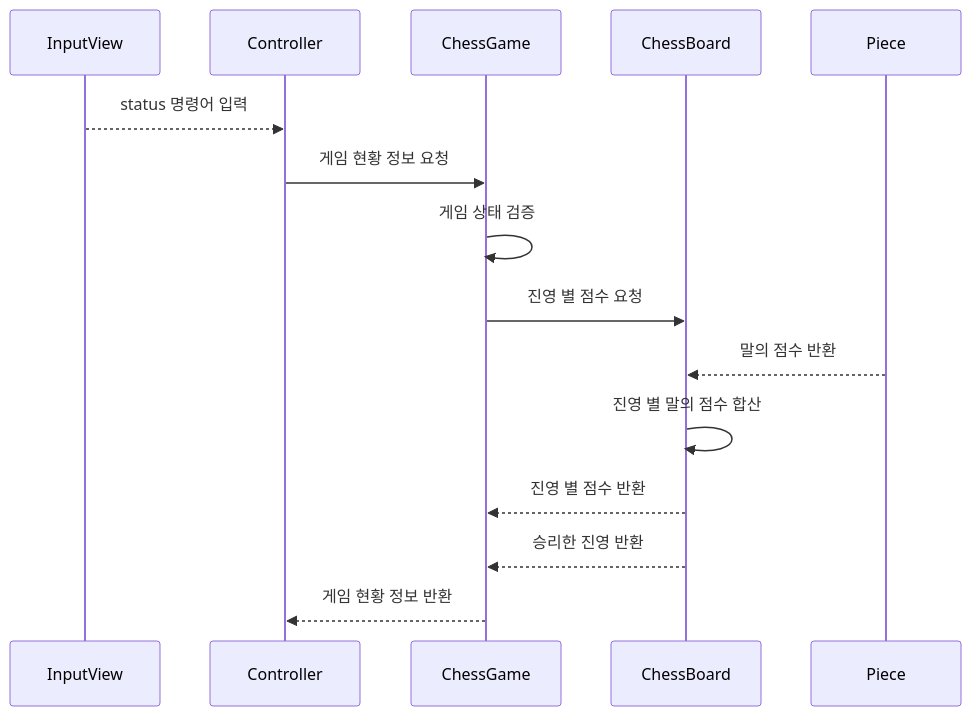
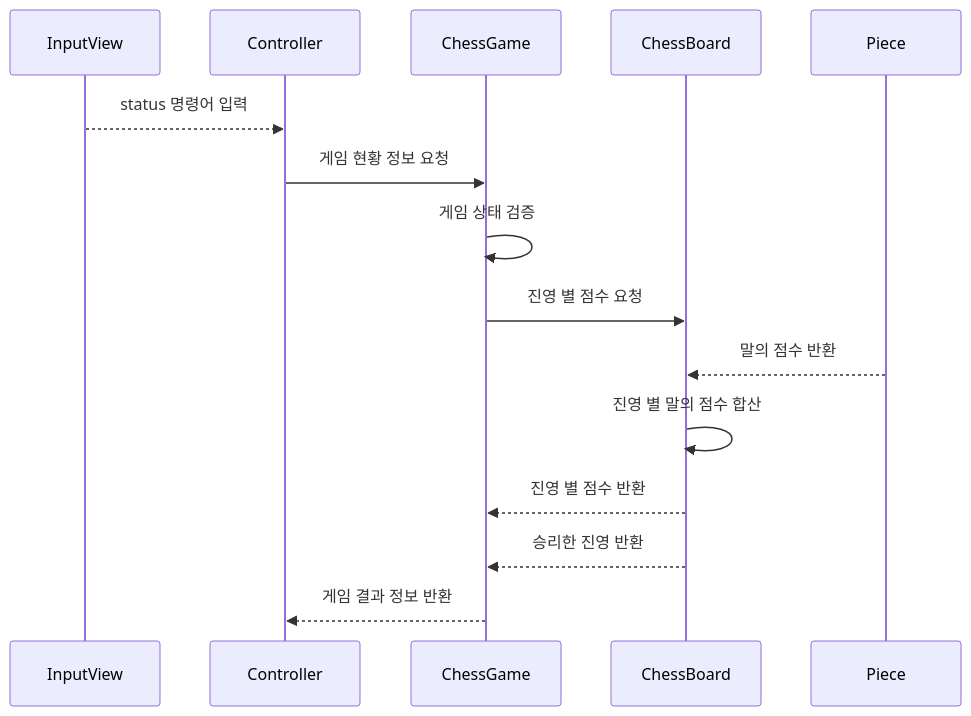
The second of 2 diagrams in README.md (woowacourse/java-chess), drawn with Mermaid before and after one commit. The commit also changed other lines of this file, not shown here.

````diff
--- a/README.md
+++ b/README.md
@@ -83,15 +83,15 @@
 ```mermaid
 sequenceDiagram
 
 	InputView -->> Controller: status 명령어 입력
 	Controller ->> ChessGame: 게임 현황 정보 요청
 
 	ChessGame ->> ChessGame: 게임 상태 검증
 	ChessGame ->> ChessBoard: 진영 별 점수 요청
 	Piece -->> ChessBoard: 말의 점수 반환
 	ChessBoard ->> ChessBoard: 진영 별 말의 점수 합산
 	ChessBoard -->> ChessGame: 진영 별 점수 반환
 	ChessBoard -->> ChessGame: 승리한 진영 반환
 
-	ChessGame -->> Controller: 게임 현황 정보 반환
+	ChessGame -->> Controller: 게임 결과 정보 반환
 ```
````
